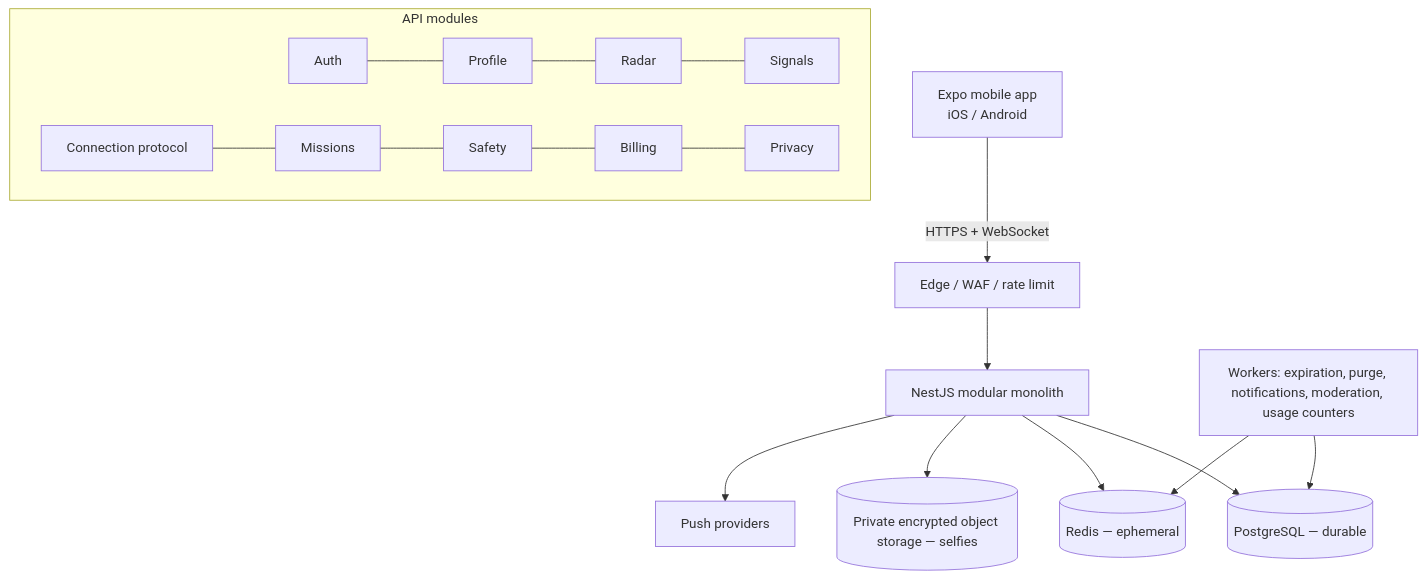
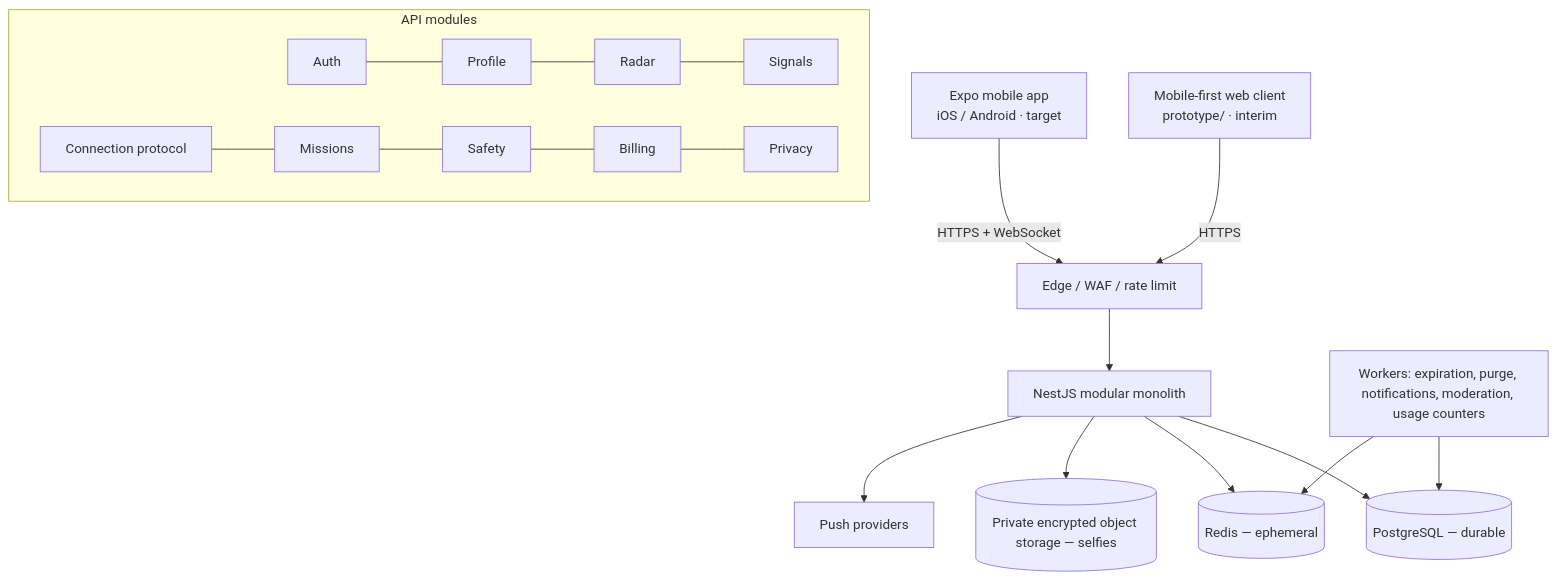
One commit to Ahmesgroup/wingman changed the diagram in architecture/SYSTEM_ARCHITECTURE.md. Above: the diagram before and after it, drawn with Mermaid. The commit also changed other lines of this file and 13 other files, not shown here.

Commit message:
docs: lock client mobile-first + payment-ready status across project docs.

````diff
--- a/architecture/SYSTEM_ARCHITECTURE.md
+++ b/architecture/SYSTEM_ARCHITECTURE.md
@@ -16,15 +16,16 @@
 ```mermaid
 flowchart TD
-  M[Expo mobile app<br/>iOS / Android] -- HTTPS + WebSocket --> E[Edge / WAF / rate limit]
+  C[Mobile-first web client<br/>prototype/ · interim] -- HTTPS --> E[Edge / WAF / rate limit]
+  M[Expo mobile app<br/>iOS / Android · target] -- HTTPS + WebSocket --> E
   E --> API[NestJS modular monolith]
   subgraph API modules
     A1[Auth] --- A2[Profile] --- A3[Radar] --- A4[Signals]
     A5[Connection protocol] --- A6[Missions] --- A7[Safety] --- A8[Billing] --- A9[Privacy]
   end
   API --> PG[(PostgreSQL — durable)]
   API --> RD[(Redis — ephemeral)]
   API --> OBJ[(Private encrypted object storage — selfies)]
   API --> PUSH[Push providers]
   W[Workers: expiration, purge, notifications, moderation, usage counters] --> PG
   W --> RD
 ```
````
